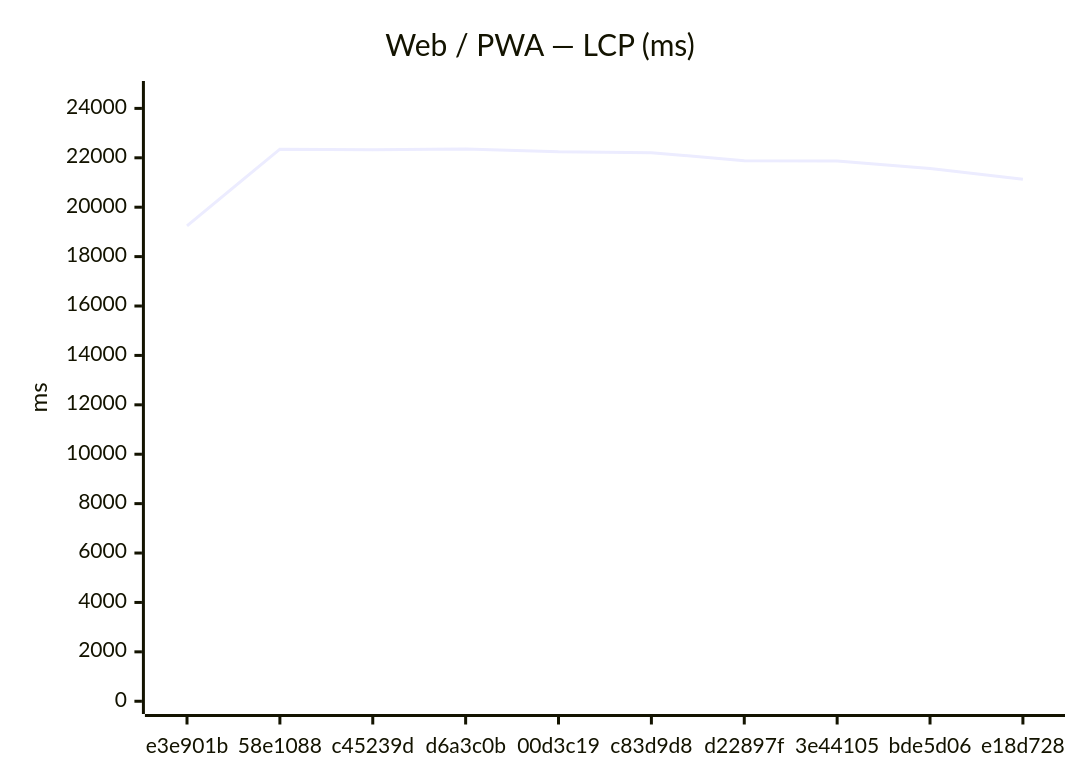
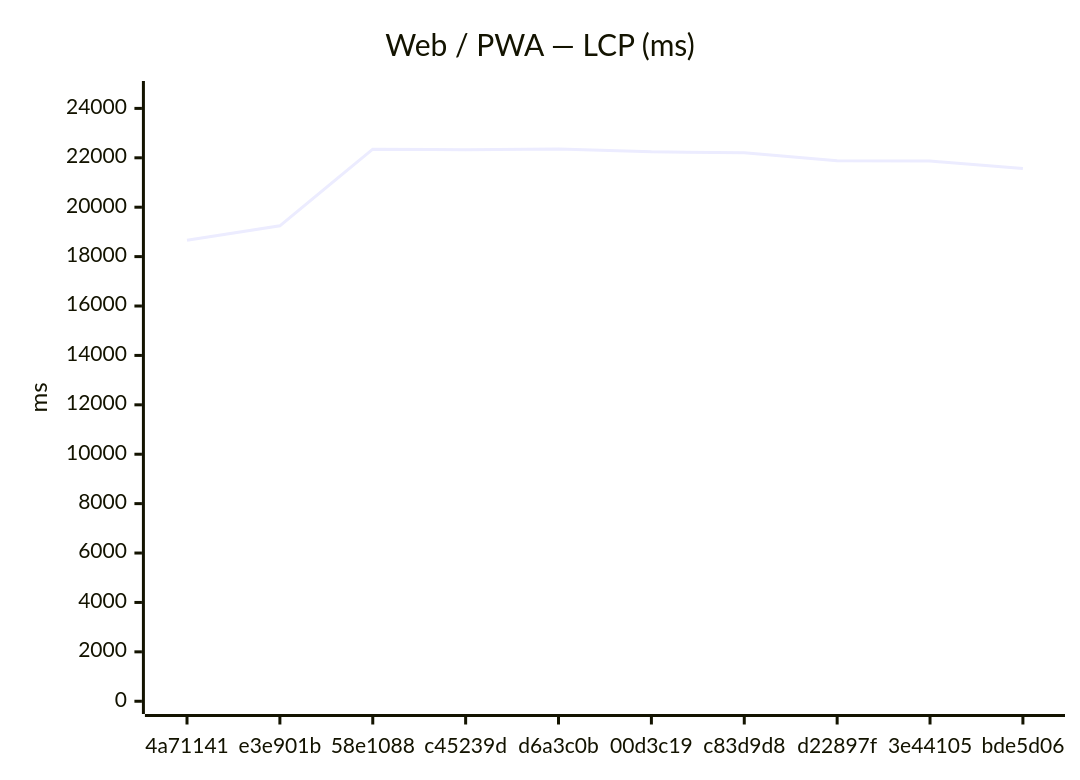
The first of 18 diagrams in benchmarks/compare.md (Metaheurist/Rianell), drawn with Mermaid before and after one commit. The commit also changed other lines of this file and 11 other files, not shown here.

````diff
--- a/benchmarks/compare.md
+++ b/benchmarks/compare.md
@@ -24,7 +24,7 @@
 ```mermaid
 xychart-beta
     title "Web / PWA — LCP (ms)"
-    x-axis ["e3e901b", "58e1088", "c45239d", "d6a3c0b", "00d3c19", "c83d9d8", "d22897f", "3e44105", "bde5d06", "e18d728"]
+    x-axis ["4a71141", "e3e901b", "58e1088", "c45239d", "d6a3c0b", "00d3c19", "c83d9d8", "d22897f", "3e44105", "bde5d06"]
     y-axis "ms" 0 --> 24593
-    line [19248, 22351, 22326, 22357, 22240, 22209, 21878, 21870, 21566, 21132]
+    line [18663, 19248, 22351, 22326, 22357, 22240, 22209, 21878, 21870, 21566]
 ```
````
